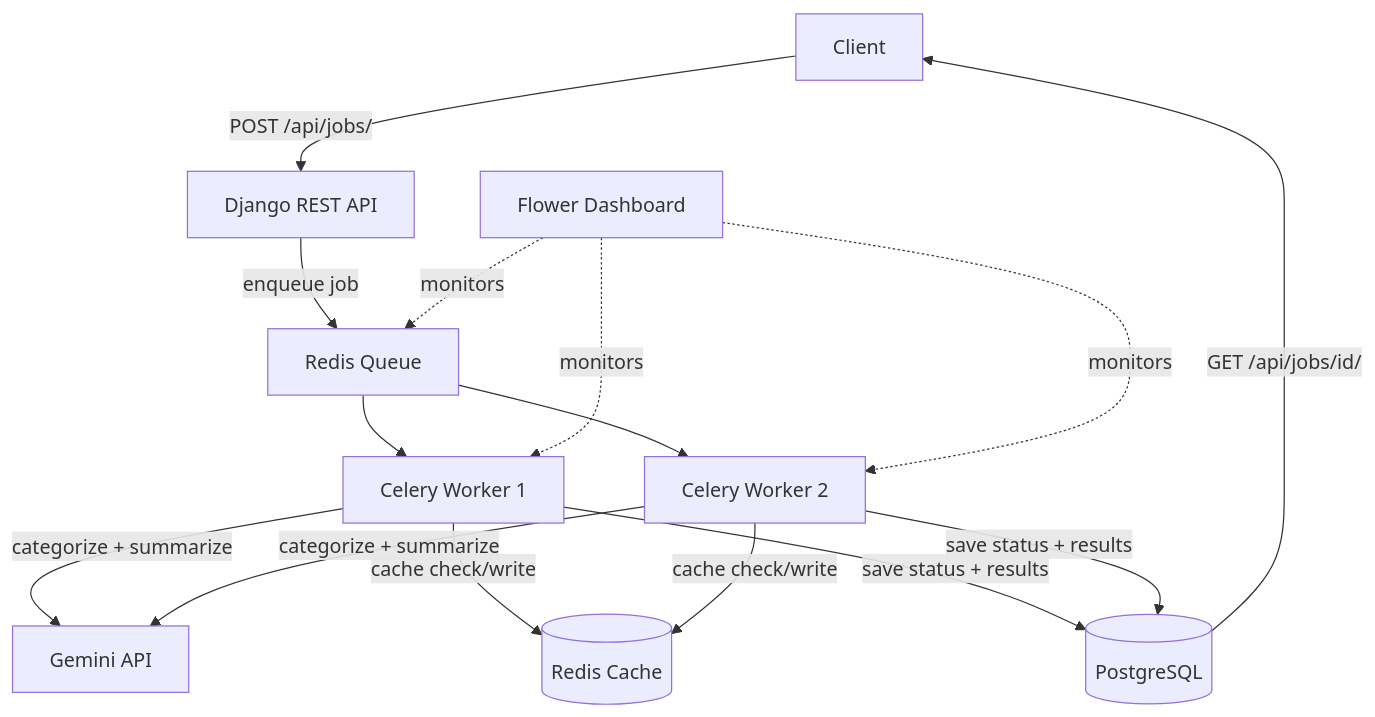
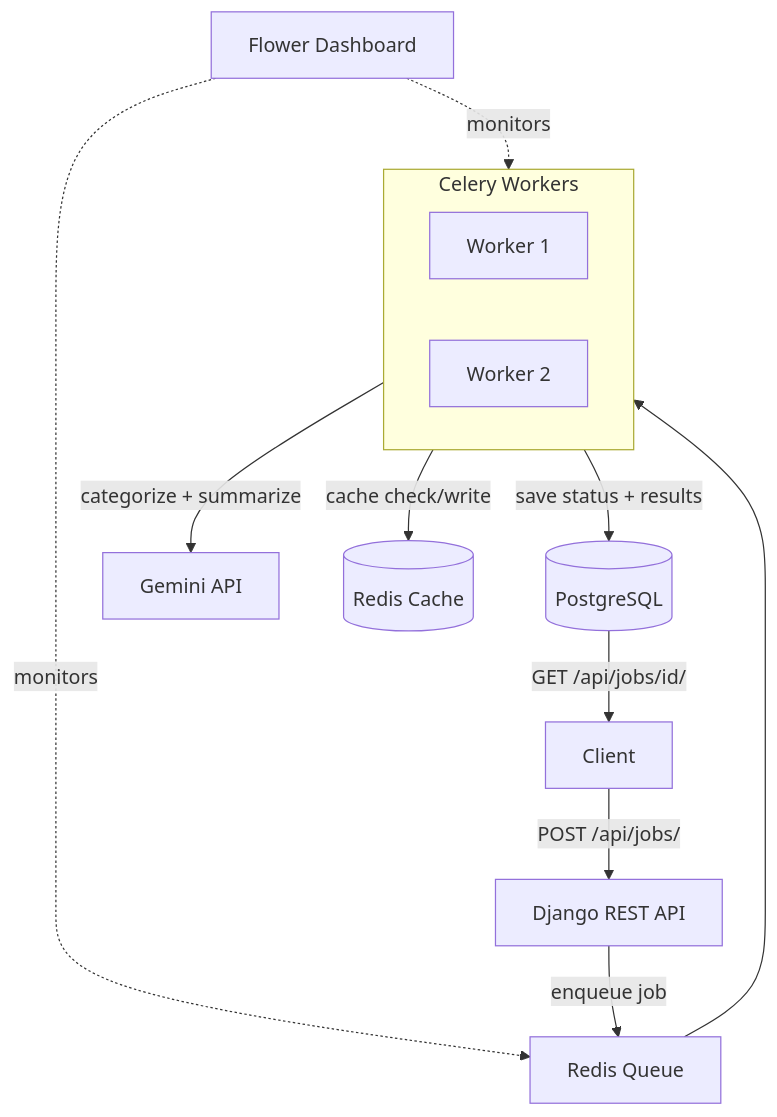
One commit to prajaltale/Distributed-Job-Queue-and-Task-Processing-System changed the diagram in README.md. Above: the diagram before and after it, drawn with Mermaid. The commit also changed other lines of this file, not shown here.

Commit message:
Update README: cleaner diagram, real Flower screenshot

````diff
--- a/README.md
+++ b/README.md
@@ -76,17 +76,26 @@
 ```mermaid
 flowchart TD
-    A[Client] -->|POST /api/jobs/| B[Django REST API]
-    B -->|enqueue job| C[Redis Queue]
-    C --> D1[Celery Worker 1]
-    C --> D2[Celery Worker 2]
-    D1 -->|categorize + summarize| E[Gemini API]
-    D2 -->|categorize + summarize| E
-    D1 -->|cache check/write| F[(Redis Cache)]
-    D2 -->|cache check/write| F
-    D1 -->|save status + results| G[(PostgreSQL)]
-    D2 -->|save status + results| G
+    A[Client]
+    B[Django REST API]
+    C[Redis Queue]
+    E[Gemini API]
+    F[(Redis Cache)]
+    G[(PostgreSQL)]
+    H[Flower Dashboard]
+
+    subgraph W [Celery Workers]
+        direction LR
+        D1[Worker 1]
+        D2[Worker 2]
+    end
+
+    A -->|POST /api/jobs/| B
+    B -->|enqueue job| C
+    C --> W
+    W -->|categorize + summarize| E
+    W -->|cache check/write| F
+    W -->|save status + results| G
     G -->|GET /api/jobs/id/| A
-    H[Flower Dashboard] -.monitors.-> C
-    H -.monitors.-> D1
-    H -.monitors.-> D2
+    H -. monitors .-> C
+    H -. monitors .-> W
 ```
````
